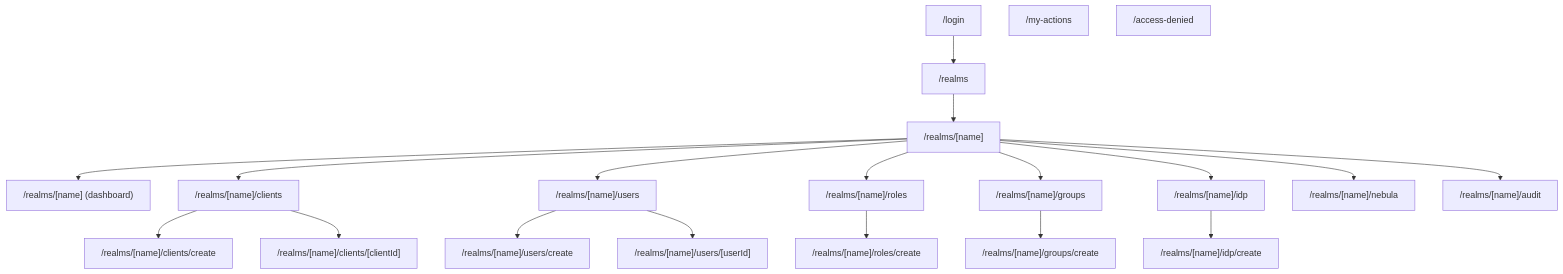
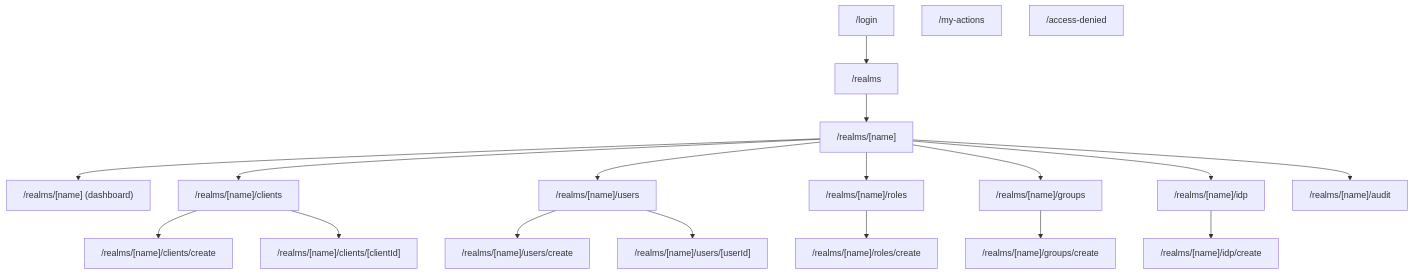
The fourth of 5 diagrams in docs/superpowers/specs/2026-04-02-frontend-redesign-design.md (ravencloak-org/ravencloak), drawn with Mermaid before and after one commit. The commit also changed other lines of this file and 112 other files, not shown here.

````diff
--- a/docs/superpowers/specs/2026-04-02-frontend-redesign-design.md
+++ b/docs/superpowers/specs/2026-04-02-frontend-redesign-design.md
@@ -615,22 +563,21 @@
 ```mermaid
 graph TD
     LOGIN["/login"] --> REALMS["/realms"]
     REALMS --> REALM["/realms/[name]"]
     REALM --> DASHBOARD["/realms/[name] (dashboard)"]
     REALM --> CLIENTS["/realms/[name]/clients"]
     CLIENTS --> CLIENT_CREATE["/realms/[name]/clients/create"]
     CLIENTS --> CLIENT_DETAIL["/realms/[name]/clients/[clientId]"]
     REALM --> USERS["/realms/[name]/users"]
     USERS --> USER_CREATE["/realms/[name]/users/create"]
     USERS --> USER_DETAIL["/realms/[name]/users/[userId]"]
     REALM --> ROLES["/realms/[name]/roles"]
     ROLES --> ROLE_CREATE["/realms/[name]/roles/create"]
     REALM --> GROUPS["/realms/[name]/groups"]
     GROUPS --> GROUP_CREATE["/realms/[name]/groups/create"]
     REALM --> IDP["/realms/[name]/idp"]
     IDP --> IDP_CREATE["/realms/[name]/idp/create"]
-    REALM --> NEBULA["/realms/[name]/nebula"]
     REALM --> AUDIT["/realms/[name]/audit"]
     MY_ACTIONS["/my-actions"]
     ACCESS_DENIED["/access-denied"]
 ```
````
